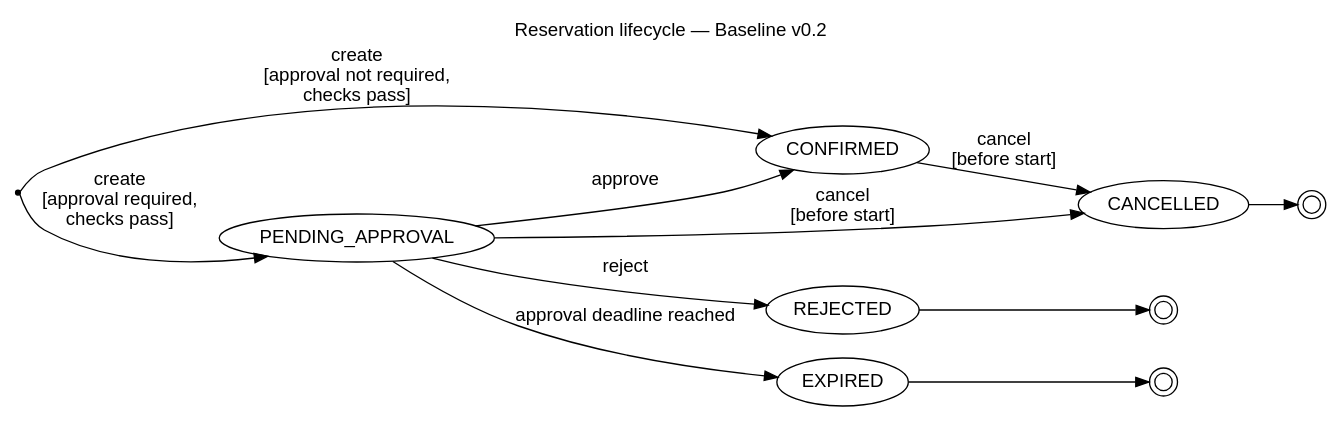
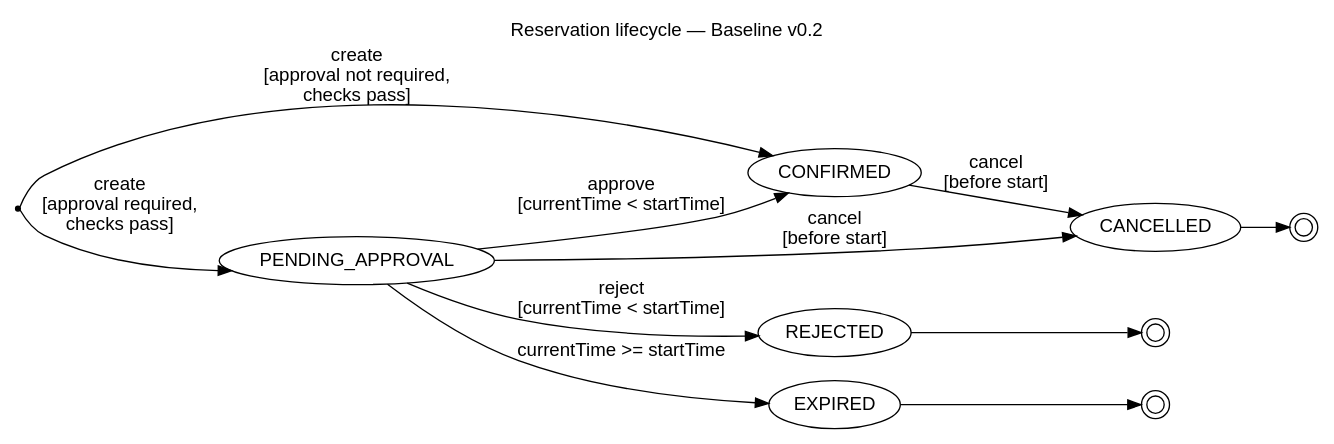
The diagram in docs/diagrams/dot/08-state-v02.dot (Ten-James/swi-proj), drawn with Graphviz before and after one commit. The commit also changed 41 other files, not shown here.

```diff
--- a/docs/diagrams/dot/08-state-v02.dot
+++ b/docs/diagrams/dot/08-state-v02.dot
@@ -1,15 +1,15 @@
 digraph G {
   graph [rankdir=LR,fontname="Arial",labelloc="t",label="Reservation lifecycle — Baseline v0.2"];
   node [shape=ellipse,fontname="Arial"]; edge [fontname="Arial"];
   s [shape=point,label=""];
   c [label="CONFIRMED"]; p [label="PENDING_APPROVAL"]; x [label="CANCELLED"];
   r [label="REJECTED"]; e [label="EXPIRED"];
   e1 [shape=doublecircle,width=0.18,height=0.18,label=""];
   e2 [shape=doublecircle,width=0.18,height=0.18,label=""];
   e3 [shape=doublecircle,width=0.18,height=0.18,label=""];
   s->c [label="create\n[approval not required,\nchecks pass]"];
   s->p [label="create\n[approval required,\nchecks pass]"];
-  p->c [label="approve"]; p->r [label="reject"]; p->e [label="approval deadline reached"];
+  p->c [label="approve\n[currentTime < startTime]"]; p->r [label="reject\n[currentTime < startTime]"]; p->e [label="currentTime >= startTime"];
   p->x [label="cancel\n[before start]"]; c->x [label="cancel\n[before start]"];
   x->e1; r->e2; e->e3;
 }
```
